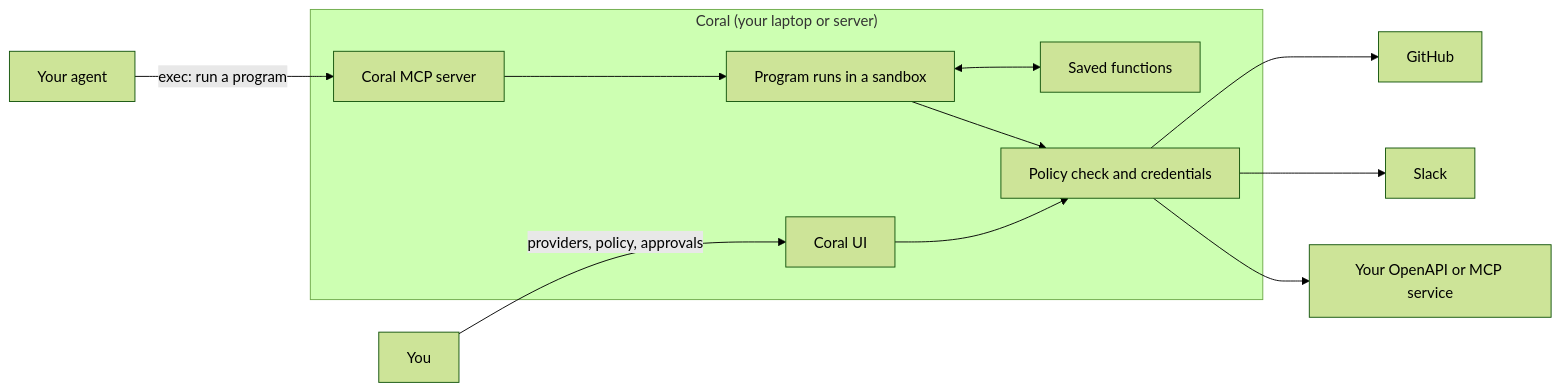
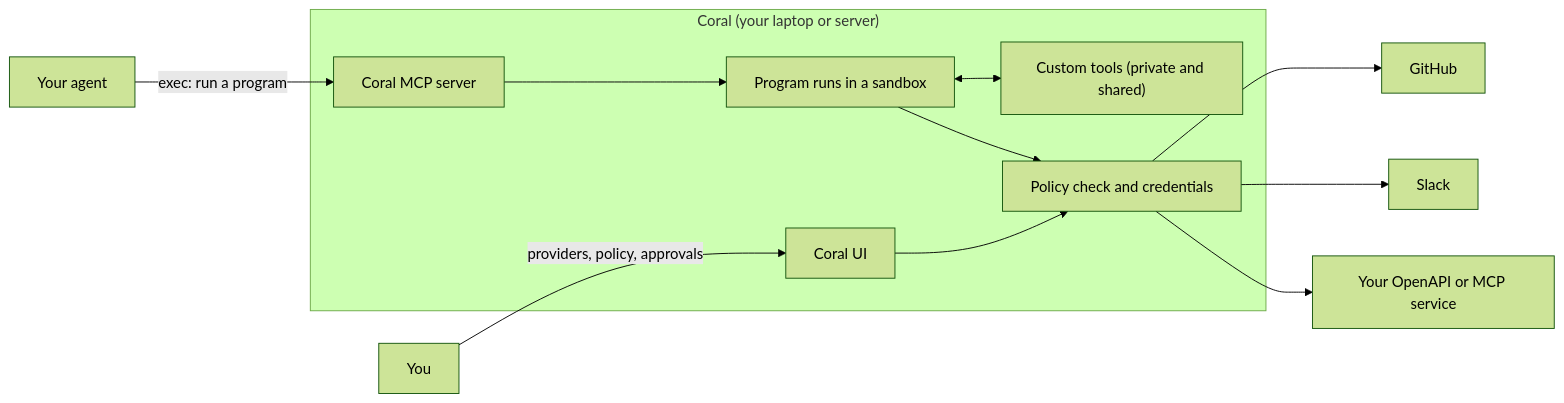
One commit to withcoral/coral changed the diagram in README.md. Above: the diagram before and after it, drawn with Mermaid (forest theme). The commit also changed other lines of this file and 516 other files, not shown here.

````diff
--- a/README.md
+++ b/README.md
@@ -120,16 +123,16 @@
 ```mermaid
 graph LR
     Agent["Your agent"] -->|"exec: run a program"| MCP["Coral MCP server"]
     You["You"] -->|"providers, policy, approvals"| UI["Coral UI"]
 
     subgraph Coral["Coral (your laptop or server)"]
         MCP --> Run["Program runs in a sandbox"]
-        Run <--> FN["Saved functions"]
+        Run <--> FN["Custom tools (private and shared)"]
         UI --> Gate["Policy check and credentials"]
         Run --> Gate
     end
 
     Gate --> GH["GitHub"]
     Gate --> SL["Slack"]
     Gate --> Own["Your OpenAPI or MCP service"]
 ```
````
